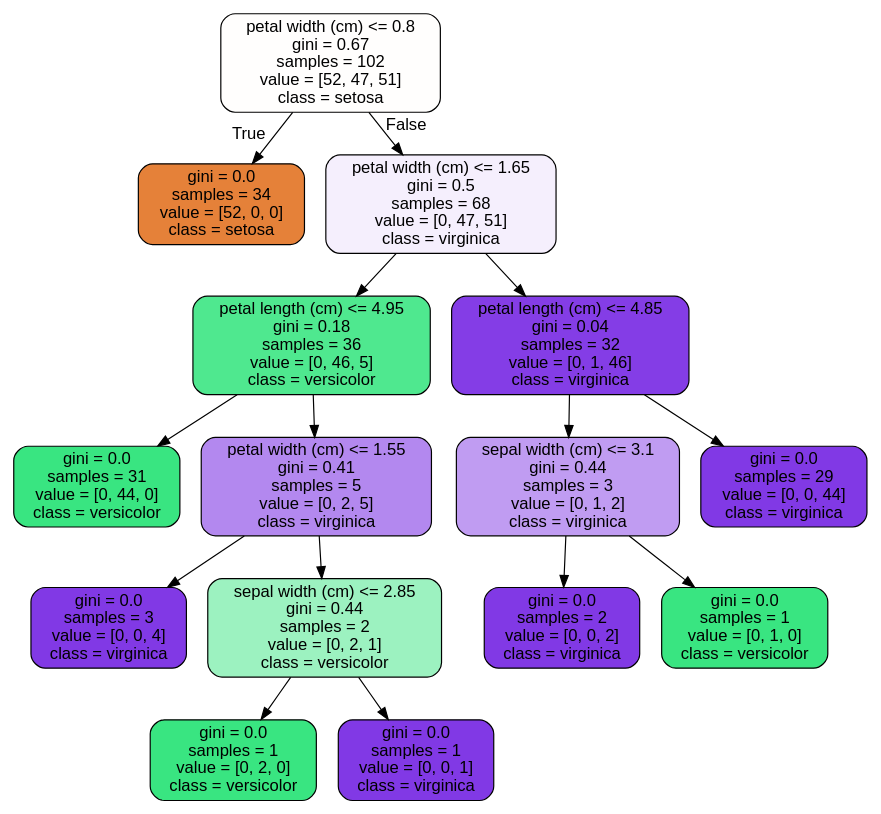
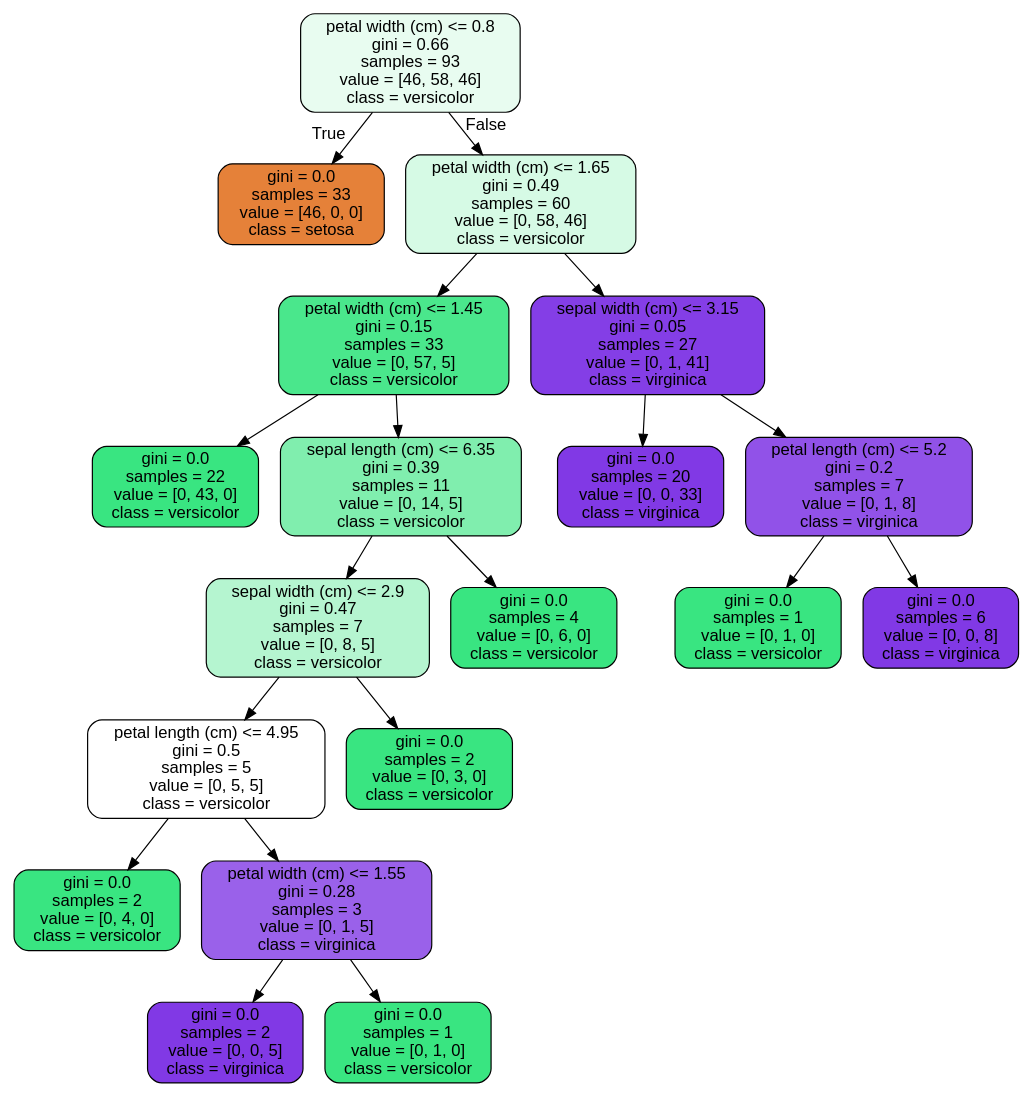
Before and after one commit to mendyhsu/Springboard: the diagram in Unit14_4_Random_Forest_Covid_Case_Study/tree.dot, drawn with Graphviz. The commit also changed 4 other files, not shown here.

```diff
--- a/Unit14_4_Random_Forest_Covid_Case_Study/tree.dot
+++ b/Unit14_4_Random_Forest_Covid_Case_Study/tree.dot
@@ -1,33 +1,41 @@
 digraph Tree {
 node [shape=box, style="filled, rounded", color="black", fontname=helvetica] ;
 edge [fontname=helvetica] ;
-0 [label="petal width (cm) <= 0.8\ngini = 0.67\nsamples = 102\nvalue = [52, 47, 51]\nclass = setosa", fillcolor="#fffefd"] ;
-1 [label="gini = 0.0\nsamples = 34\nvalue = [52, 0, 0]\nclass = setosa", fillcolor="#e58139"] ;
+0 [label="petal width (cm) <= 0.8\ngini = 0.66\nsamples = 93\nvalue = [46, 58, 46]\nclass = versicolor", fillcolor="#e8fcf0"] ;
+1 [label="gini = 0.0\nsamples = 33\nvalue = [46, 0, 0]\nclass = setosa", fillcolor="#e58139"] ;
 0 -> 1 [labeldistance=2.5, labelangle=45, headlabel="True"] ;
-2 [label="petal width (cm) <= 1.65\ngini = 0.5\nsamples = 68\nvalue = [0, 47, 51]\nclass = virginica", fillcolor="#f5effd"] ;
+2 [label="petal width (cm) <= 1.65\ngini = 0.49\nsamples = 60\nvalue = [0, 58, 46]\nclass = versicolor", fillcolor="#d6fae5"] ;
 0 -> 2 [labeldistance=2.5, labelangle=-45, headlabel="False"] ;
-3 [label="petal length (cm) <= 4.95\ngini = 0.18\nsamples = 36\nvalue = [0, 46, 5]\nclass = versicolor", fillcolor="#4fe88f"] ;
+3 [label="petal width (cm) <= 1.45\ngini = 0.15\nsamples = 33\nvalue = [0, 57, 5]\nclass = versicolor", fillcolor="#4ae78c"] ;
 2 -> 3 ;
-4 [label="gini = 0.0\nsamples = 31\nvalue = [0, 44, 0]\nclass = versicolor", fillcolor="#39e581"] ;
+4 [label="gini = 0.0\nsamples = 22\nvalue = [0, 43, 0]\nclass = versicolor", fillcolor="#39e581"] ;
 3 -> 4 ;
-5 [label="petal width (cm) <= 1.55\ngini = 0.41\nsamples = 5\nvalue = [0, 2, 5]\nclass = virginica", fillcolor="#b388ef"] ;
+5 [label="sepal length (cm) <= 6.35\ngini = 0.39\nsamples = 11\nvalue = [0, 14, 5]\nclass = versicolor", fillcolor="#80eeae"] ;
 3 -> 5 ;
-6 [label="gini = 0.0\nsamples = 3\nvalue = [0, 0, 4]\nclass = virginica", fillcolor="#8139e5"] ;
+6 [label="sepal width (cm) <= 2.9\ngini = 0.47\nsamples = 7\nvalue = [0, 8, 5]\nclass = versicolor", fillcolor="#b5f5d0"] ;
 5 -> 6 ;
-7 [label="sepal width (cm) <= 2.85\ngini = 0.44\nsamples = 2\nvalue = [0, 2, 1]\nclass = versicolor", fillcolor="#9cf2c0"] ;
-5 -> 7 ;
-8 [label="gini = 0.0\nsamples = 1\nvalue = [0, 2, 0]\nclass = versicolor", fillcolor="#39e581"] ;
+7 [label="petal length (cm) <= 4.95\ngini = 0.5\nsamples = 5\nvalue = [0, 5, 5]\nclass = versicolor", fillcolor="#ffffff"] ;
+6 -> 7 ;
+8 [label="gini = 0.0\nsamples = 2\nvalue = [0, 4, 0]\nclass = versicolor", fillcolor="#39e581"] ;
 7 -> 8 ;
-9 [label="gini = 0.0\nsamples = 1\nvalue = [0, 0, 1]\nclass = virginica", fillcolor="#8139e5"] ;
+9 [label="petal width (cm) <= 1.55\ngini = 0.28\nsamples = 3\nvalue = [0, 1, 5]\nclass = virginica", fillcolor="#9a61ea"] ;
 7 -> 9 ;
-10 [label="petal length (cm) <= 4.85\ngini = 0.04\nsamples = 32\nvalue = [0, 1, 46]\nclass = virginica", fillcolor="#843de6"] ;
-2 -> 10 ;
-11 [label="sepal width (cm) <= 3.1\ngini = 0.44\nsamples = 3\nvalue = [0, 1, 2]\nclass = virginica", fillcolor="#c09cf2"] ;
-10 -> 11 ;
-12 [label="gini = 0.0\nsamples = 2\nvalue = [0, 0, 2]\nclass = virginica", fillcolor="#8139e5"] ;
-11 -> 12 ;
-13 [label="gini = 0.0\nsamples = 1\nvalue = [0, 1, 0]\nclass = versicolor", fillcolor="#39e581"] ;
-11 -> 13 ;
-14 [label="gini = 0.0\nsamples = 29\nvalue = [0, 0, 44]\nclass = virginica", fillcolor="#8139e5"] ;
-10 -> 14 ;
+10 [label="gini = 0.0\nsamples = 2\nvalue = [0, 0, 5]\nclass = virginica", fillcolor="#8139e5"] ;
+9 -> 10 ;
+11 [label="gini = 0.0\nsamples = 1\nvalue = [0, 1, 0]\nclass = versicolor", fillcolor="#39e581"] ;
+9 -> 11 ;
+12 [label="gini = 0.0\nsamples = 2\nvalue = [0, 3, 0]\nclass = versicolor", fillcolor="#39e581"] ;
+6 -> 12 ;
+13 [label="gini = 0.0\nsamples = 4\nvalue = [0, 6, 0]\nclass = versicolor", fillcolor="#39e581"] ;
+5 -> 13 ;
+14 [label="sepal width (cm) <= 3.15\ngini = 0.05\nsamples = 27\nvalue = [0, 1, 41]\nclass = virginica", fillcolor="#843ee6"] ;
+2 -> 14 ;
+15 [label="gini = 0.0\nsamples = 20\nvalue = [0, 0, 33]\nclass = virginica", fillcolor="#8139e5"] ;
+14 -> 15 ;
+16 [label="petal length (cm) <= 5.2\ngini = 0.2\nsamples = 7\nvalue = [0, 1, 8]\nclass = virginica", fillcolor="#9152e8"] ;
+14 -> 16 ;
+17 [label="gini = 0.0\nsamples = 1\nvalue = [0, 1, 0]\nclass = versicolor", fillcolor="#39e581"] ;
+16 -> 17 ;
+18 [label="gini = 0.0\nsamples = 6\nvalue = [0, 0, 8]\nclass = virginica", fillcolor="#8139e5"] ;
+16 -> 18 ;
 }
```
